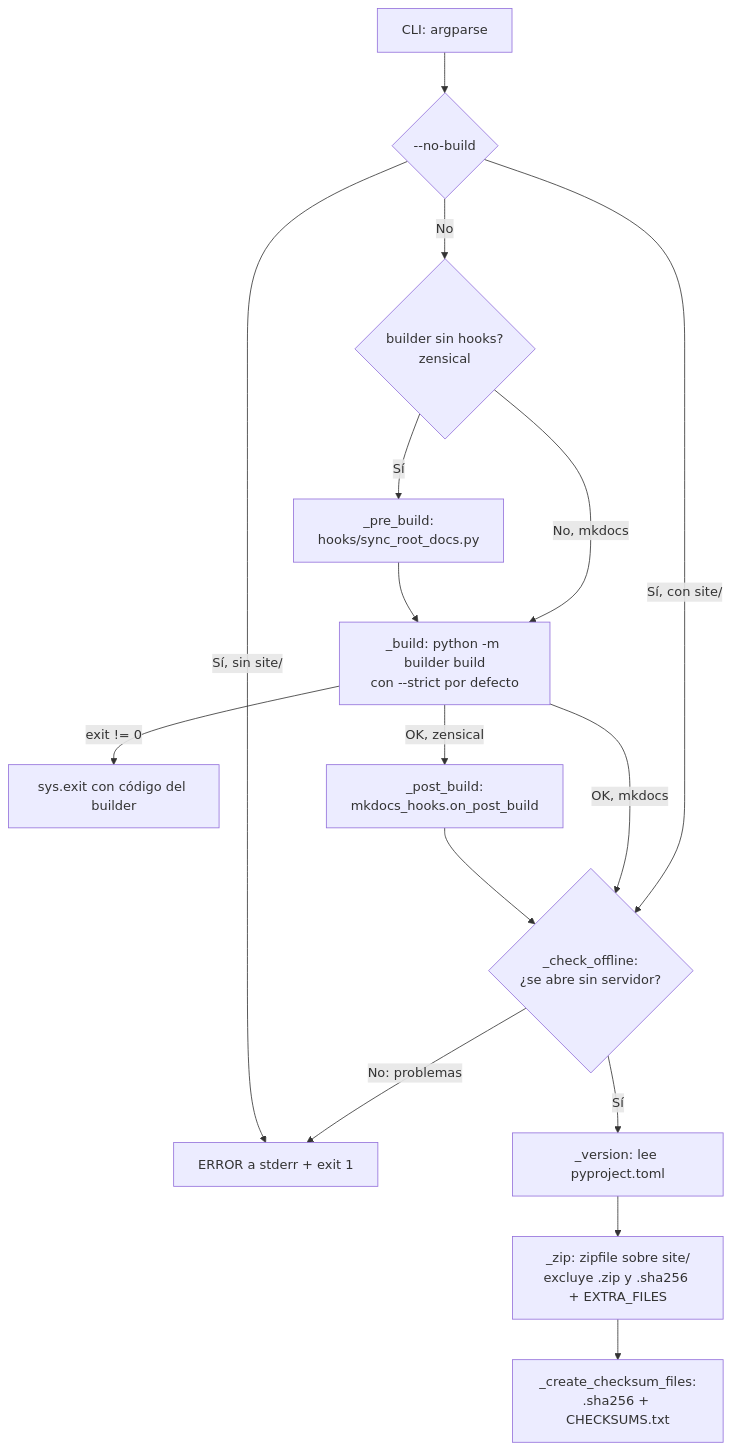
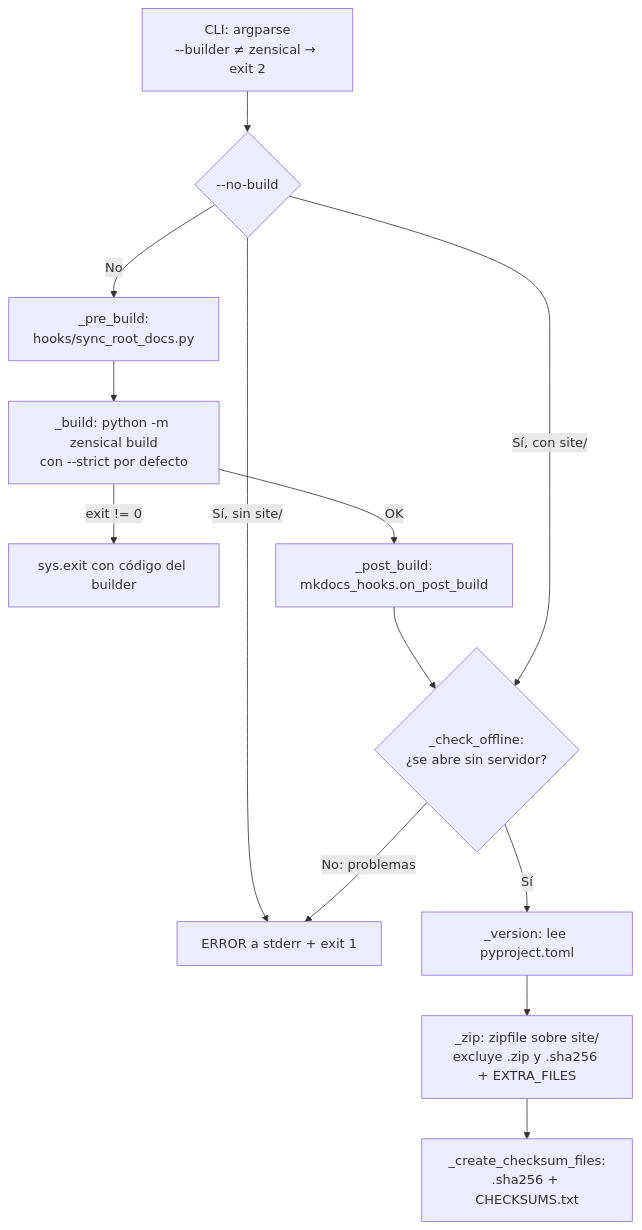
Before and after one commit to fmanza/doc_ia: the first of 2 diagrams in docs/api/build_docs_zip.md, drawn with Mermaid. The commit also changed other lines of this file and 34 other files, not shown here.

First line of the commit message:
feat(build)!: Zensical como único generador de doc_ia

````diff
--- a/docs/api/build_docs_zip.md
+++ b/docs/api/build_docs_zip.md
@@ -22,20 +25,17 @@
 ```mermaid
 flowchart TD
     accTitle: Flujo de build_docs_zip.py
-    accDescr: Sin --no-build ejecuta el pre-build si el generador no admite hooks, construye el sitio en modo estricto y, con Zensical, el post-build. Con --no-build reutiliza site/ o falla si no existe. Después comprueba que site/ se abre sin servidor, lee la versión, crea el ZIP y los ficheros de checksum.
-    A[CLI: argparse] --> B{--no-build}
-    B -- No --> P{builder sin hooks?<br/>zensical}
-    P -- Sí --> PRE[_pre_build:<br/>hooks/sync_root_docs.py]
-    PRE --> C[_build: python -m builder build<br/>con --strict por defecto]
-    P -- "No, mkdocs" --> C
+    accDescr: Rechaza un --builder distinto de zensical. Sin --no-build ejecuta el pre-build, construye con Zensical en modo estricto y, si termina con 0, el post-build. Con --no-build reutiliza site/ o falla si no existe. Después comprueba que site/ se abre sin servidor, lee la versión, crea el ZIP y los ficheros de checksum.
+    A["CLI: argparse<br/>--builder ≠ zensical → exit 2"] --> B{--no-build}
+    B -- No --> PRE[_pre_build:<br/>hooks/sync_root_docs.py]
+    PRE --> C[_build: python -m zensical build<br/>con --strict por defecto]
     C -- "exit != 0" --> X[sys.exit con código del builder]
-    C -- "OK, zensical" --> POST[_post_build:<br/>mkdocs_hooks.on_post_build]
-    POST --> K
+    C -- OK --> POST[_post_build:<br/>mkdocs_hooks.on_post_build]
+    POST --> K{"_check_offline:<br/>¿se abre sin servidor?"}
     B -- "Sí, sin site/" --> Y[ERROR a stderr + exit 1]
-    C -- "OK, mkdocs" --> K{"_check_offline:<br/>¿se abre sin servidor?"}
     B -- "Sí, con site/" --> K
     K -- "No: problemas" --> Y
     K -- Sí --> D[_version: lee pyproject.toml]
     D --> E["_zip: zipfile sobre site/<br/>excluye .zip y .sha256 + EXTRA_FILES"]
     E --> F[_create_checksum_files:<br/>.sha256 + CHECKSUMS.txt]
 ```
````
